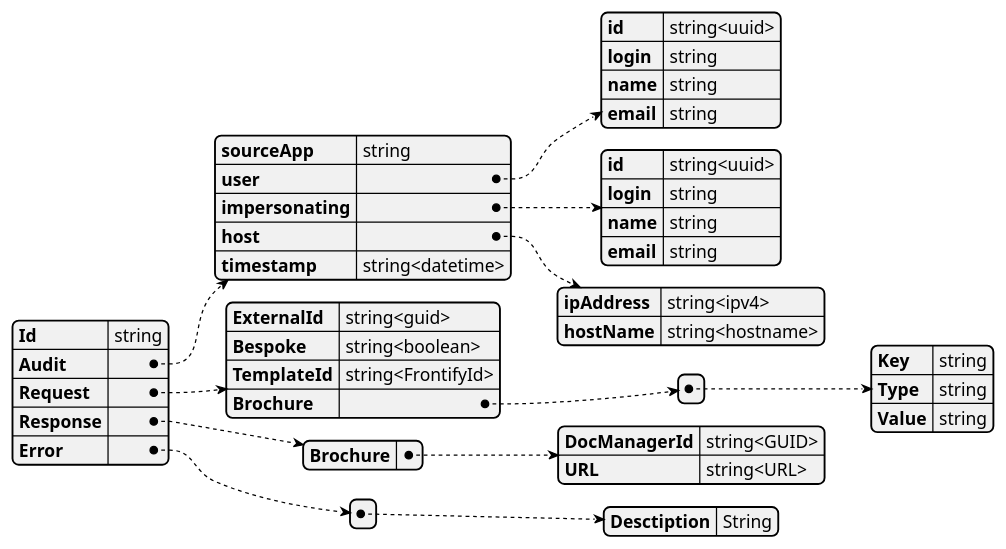
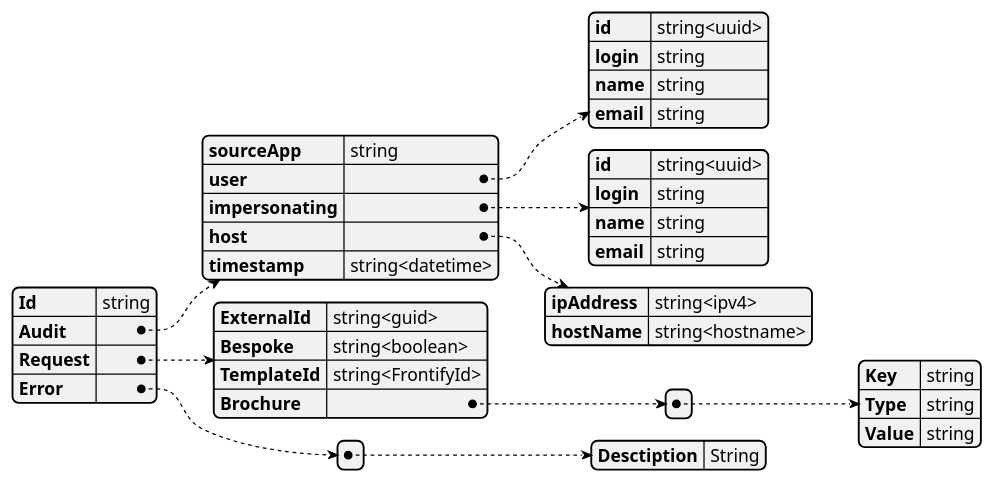
The diagram in 5-building-block-view/cosmos-db-component.md (newportg/Frontify), drawn with PlantUML before and after one commit.

````diff
--- a/5-building-block-view/cosmos-db-component.md
+++ b/5-building-block-view/cosmos-db-component.md
@@ -7,50 +7,44 @@
 ```plantuml
 @startjson
 {
     "Id" : "string",
     "Audit": {
         "sourceApp": "string",
         "user": {
             "id" : "string<uuid>",
             "login": "string",
             "name": "string",
             "email": "string"
         },
         "impersonating": {
             "id" : "string<uuid>",
             "login": "string",
             "name": "string",
             "email": "string"
         },
         "host":{
             "ipAddress":"string<ipv4>",
             "hostName":"string<hostname>"
         },
         "timestamp": "string<datetime>"
     },
     "Request" : {
         "ExternalId": "string<guid>",
         "Bespoke" : "string<boolean>",
         "TemplateId": "string<FrontifyId>",
         "Brochure": [
             { 
               "Key": "string",
               "Type": "string",
               "Value": "string"
             }
         ]
     },
-    "Response": {
-      "Brochure" : {
-        "DocManagerId": "string<GUID>",
-        "URL": "string<URL>"
-      }
-    },
     "Error" : [
       {
         "Desctiption" : "String"
       }
     ]    
 }
 @endjson
 ```
````
